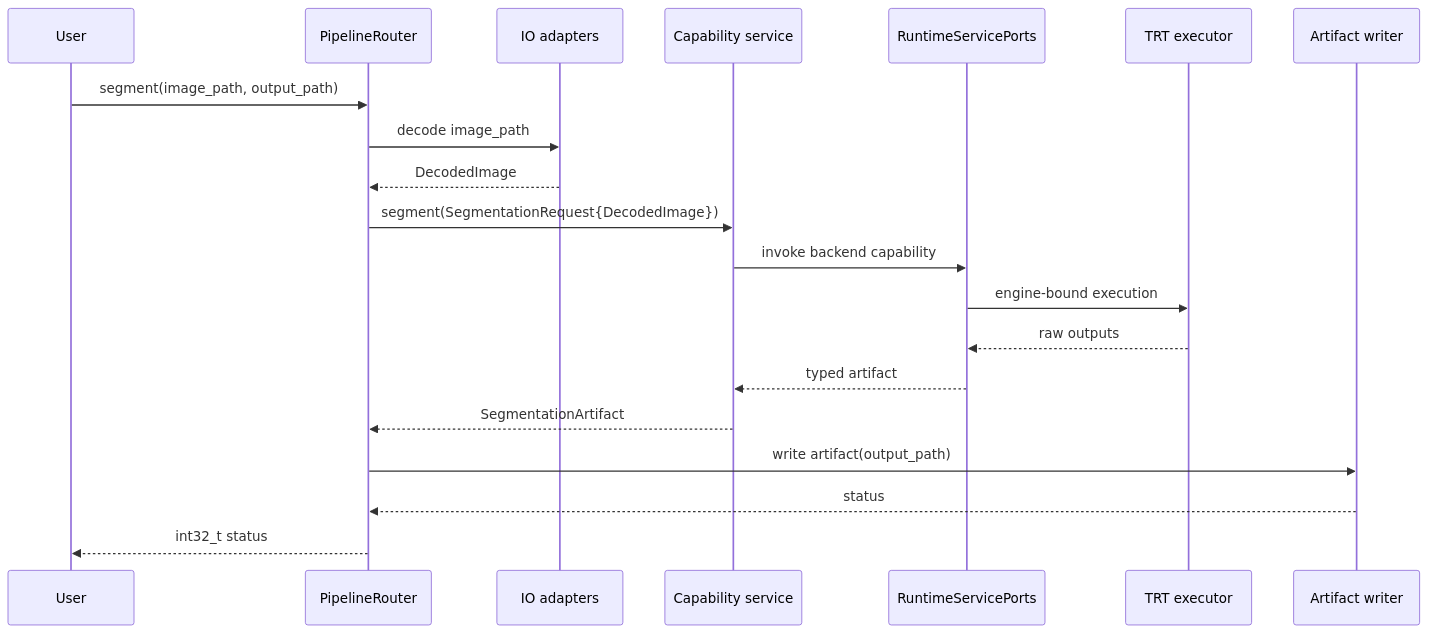
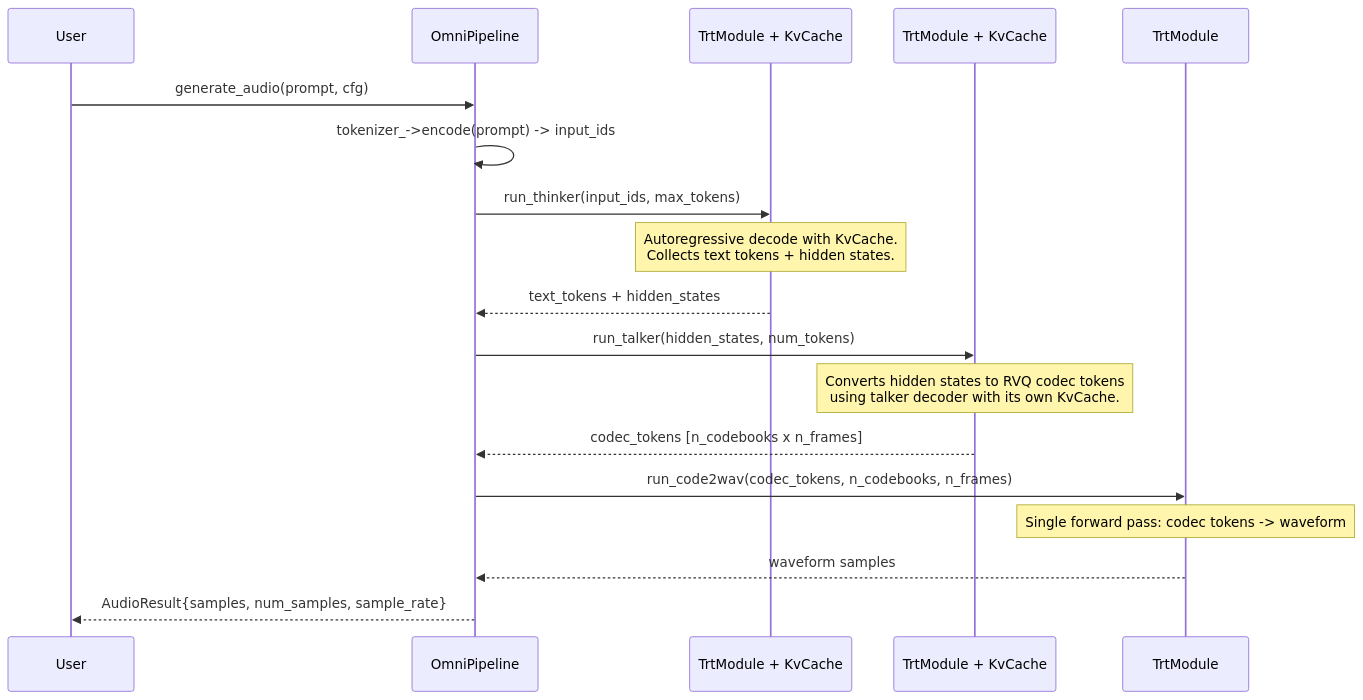
One commit to AbishekCoder1/TensorRT-Model-Connect changed the eighth of 8 diagrams in docs/wiki/Dynamic-Design.md. Above: the diagram before and after it, drawn with Mermaid. The commit also changed other lines of this file and 146 other files, not shown here.

````diff
--- a/docs/wiki/Dynamic-Design.md
+++ b/docs/wiki/Dynamic-Design.md
@@ -76,23 +357,21 @@
 ```mermaid
 sequenceDiagram
     participant User
-    participant Router as PipelineRouter
-    participant Loader as IO adapters
-    participant Service as Capability service
-    participant Ports as RuntimeServicePorts
-    participant Exec as TRT executor
-    participant Writer as Artifact writer
+    participant OP as OmniPipeline
+    participant Thinker as TrtModule + KvCache
+    participant Talker as TrtModule + KvCache
+    participant Code2Wav as TrtModule
 
-    User->>Router: segment(image_path, output_path)
-    Router->>Loader: decode image_path
-    Loader-->>Router: DecodedImage
-    Router->>Service: segment(SegmentationRequest{DecodedImage})
-    Service->>Ports: invoke backend capability
-    Ports->>Exec: engine-bound execution
-    Exec-->>Ports: raw outputs
-    Ports-->>Service: typed artifact
-    Service-->>Router: SegmentationArtifact
-    Router->>Writer: write artifact(output_path)
-    Writer-->>Router: status
-    Router-->>User: int32_t status
+    User->>OP: generate_audio(prompt, cfg)
+    OP->>OP: tokenizer_->encode(prompt) -> input_ids
+    OP->>Thinker: run_thinker(input_ids, max_tokens)
+    Note over Thinker: Autoregressive decode with KvCache.<br/>Collects text tokens + hidden states.
+    Thinker-->>OP: text_tokens + hidden_states
+    OP->>Talker: run_talker(hidden_states, num_tokens)
+    Note over Talker: Converts hidden states to RVQ codec tokens<br/>using talker decoder with its own KvCache.
+    Talker-->>OP: codec_tokens [n_codebooks x n_frames]
+    OP->>Code2Wav: run_code2wav(codec_tokens, n_codebooks, n_frames)
+    Note over Code2Wav: Single forward pass: codec tokens -> waveform
+    Code2Wav-->>OP: waveform samples
+    OP-->>User: AudioResult{samples, num_samples, sample_rate}
 ```
````
